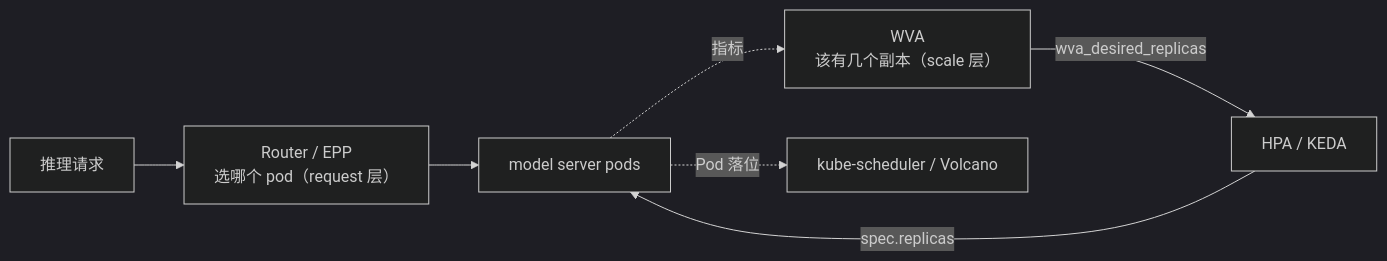
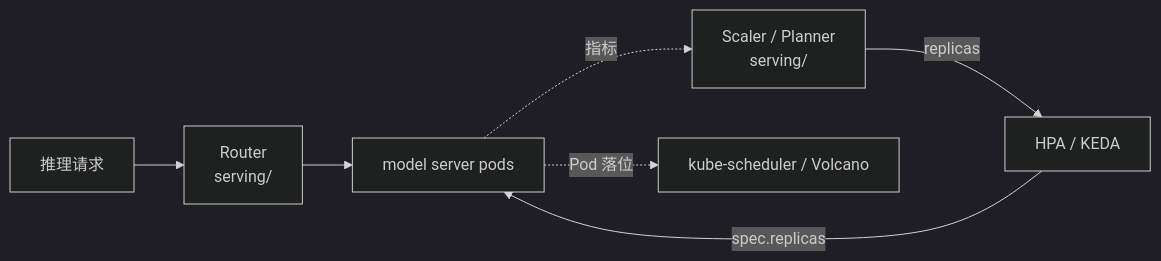
The diagram in autoscaling/README.md (songkane/llm-learning), drawn with Mermaid (dark theme) before and after one commit. The commit also changed other lines of this file and 35 other files, not shown here.

````diff
--- a/autoscaling/README.md
+++ b/autoscaling/README.md
@@ -27,9 +30,9 @@
 ```mermaid
 flowchart LR
-    R["推理请求"] --> E["Router / EPP<br/>选哪个 pod（request 层）"]
+    R["推理请求"] --> E["Router<br/>serving/"]
     E --> P["model server pods"]
-    P -.指标.-> W["WVA<br/>该有几个副本（scale 层）"]
-    W -->|wva_desired_replicas| H["HPA / KEDA"]
+    P -.指标.-> W["Scaler / Planner<br/>serving/"]
+    W -->|replicas| H["HPA / KEDA"]
     H -->|spec.replicas| P
     P -.->|Pod 落位| S["kube-scheduler / Volcano"]
 ```
````
